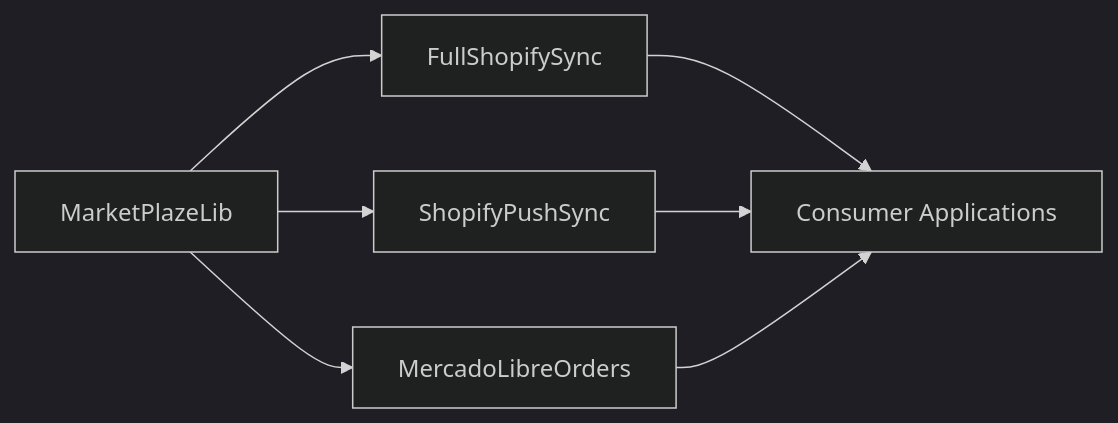
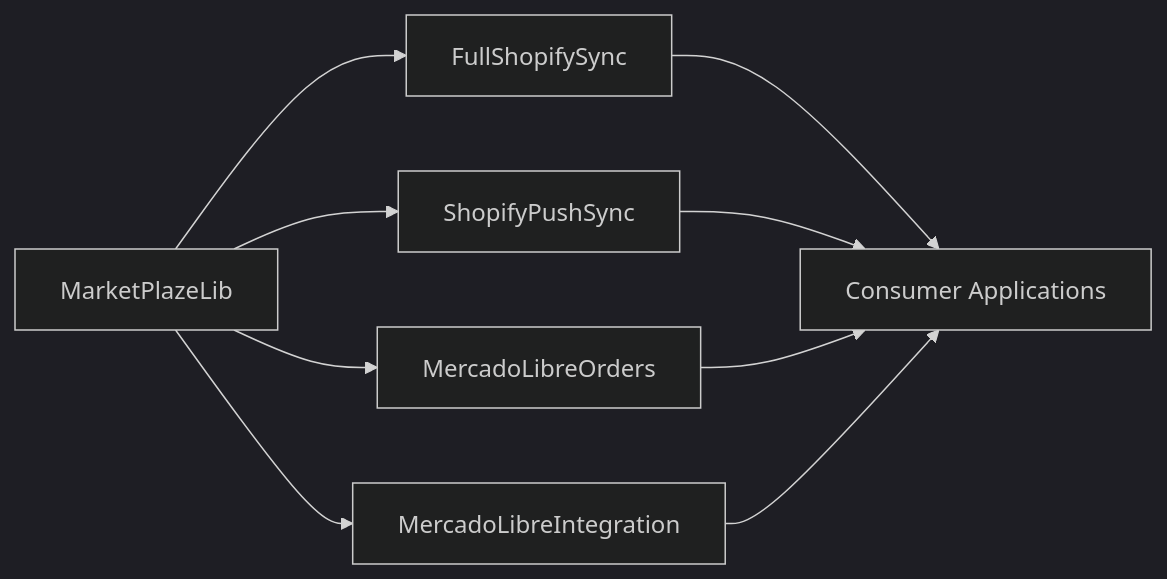
Before and after one commit to tfonrouge/marketPlazeLib: the diagram in blueprints/INDEX.md, drawn with Mermaid (dark theme). The commit also changed other lines of this file and 13 other files, not shown here.

````diff
--- a/blueprints/INDEX.md
+++ b/blueprints/INDEX.md
@@ -31,9 +31,11 @@
 ```mermaid
 graph LR
   MarketPlazeLib --> ShopifyPushSync
   MarketPlazeLib --> FullShopifySync
   MarketPlazeLib --> MercadoLibreOrders
+  MarketPlazeLib --> MercadoLibreIntegration
   FullShopifySync --> ConsumerApps[Consumer Applications]
   ShopifyPushSync --> ConsumerApps
   MercadoLibreOrders --> ConsumerApps
+  MercadoLibreIntegration --> ConsumerApps
 ```
````
